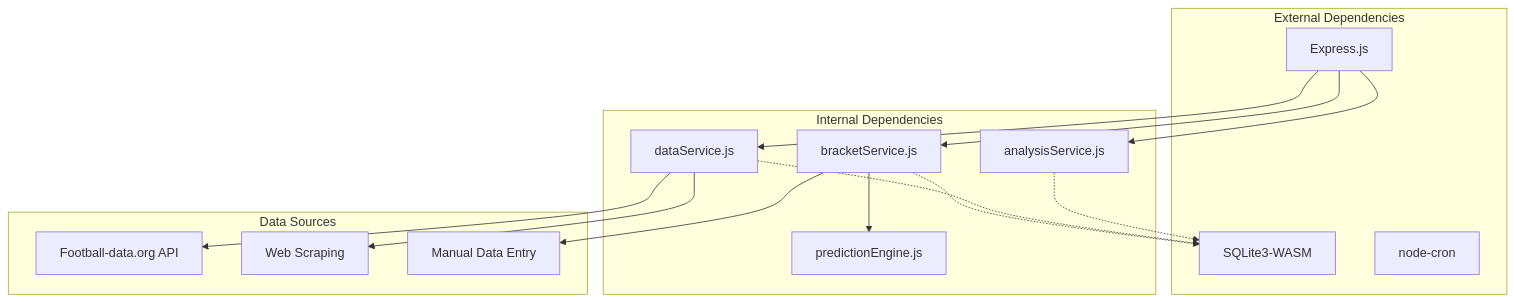
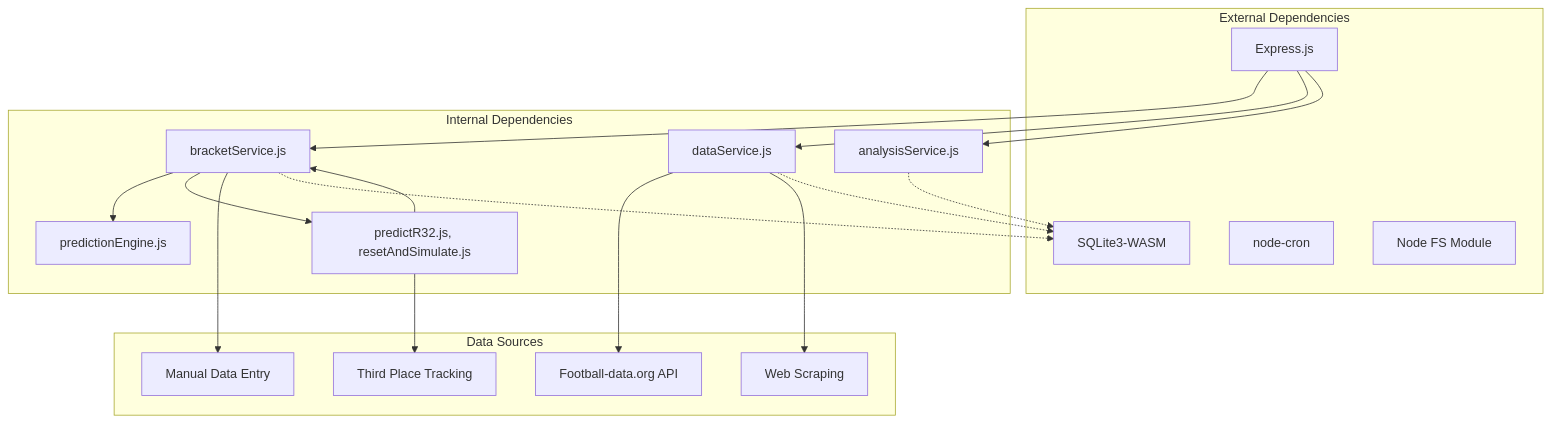
One commit to cheesiong/WC26-qwen changed diagram 12 of 12 in .qoder/repowiki/en/content/API Reference/Tournament API/Knockout Bracket Management.md. Above: the diagram before and after it, drawn with Mermaid. The commit also changed other lines of this file and 49 other files, not shown here.

````diff
--- a/.qoder/repowiki/en/content/API Reference/Tournament API/Knockout Bracket Management.md
+++ b/.qoder/repowiki/en/content/API Reference/Tournament API/Knockout Bracket Management.md
@@ -400,29 +535,35 @@
 ```mermaid
 graph TB
 subgraph "External Dependencies"
 Express[Express.js]
 SQLite3[SQLite3-WASM]
 NodeCron[node-cron]
+NodeFS[Node FS Module]
 end
 subgraph "Internal Dependencies"
 BracketService[bracketService.js]
 DataService[dataService.js]
 AnalysisService[analysisService.js]
 PredictionEngine[predictionEngine.js]
+AutomationScripts[predictR32.js, resetAndSimulate.js]
 end
 subgraph "Data Sources"
 FootballAPI[Football-data.org API]
 WebScraper[Web Scraping]
 ManualData[Manual Data Entry]
+ThirdPlaceTable[Third Place Tracking]
 end
 Express --> BracketService
 Express --> DataService
 Express --> AnalysisService
 BracketService --> PredictionEngine
+BracketService --> AutomationScripts
+AutomationScripts --> BracketService
+AutomationScripts --> ThirdPlaceTable
 DataService --> FootballAPI
 DataService --> WebScraper
 BracketService --> ManualData
 BracketService -.-> SQLite3
 DataService -.-> SQLite3
 AnalysisService -.-> SQLite3
 ```
````
